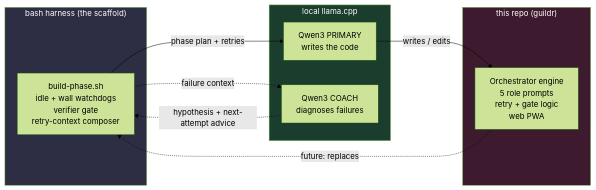
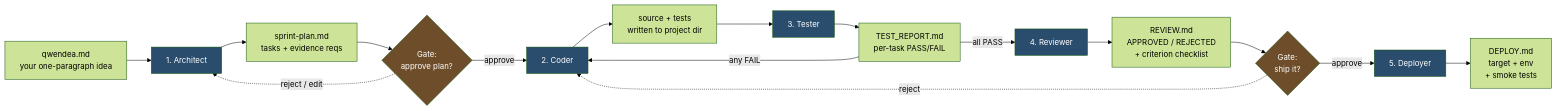
The first of 3 diagrams in README.md (karolswdev/guildr), drawn with Mermaid (forest theme) before and after one commit. The commit also changed other lines of this file, not shown here.

First line of the commit message:
docs(readme): lead with value, explain the qwendea → phase breakdown

````diff
--- a/README.md
+++ b/README.md
@@ -49,25 +38,26 @@
 ```mermaid
 flowchart LR
-    subgraph harness["bash harness (the scaffold)"]
-        BL[build-phase.sh<br/>idle + wall watchdogs<br/>verifier gate<br/>retry-context composer]
-    end
+    Q[qwendea.md<br/>your one-paragraph idea] --> A[1. Architect]
+    A --> SP[sprint-plan.md<br/>tasks + evidence reqs]
+    SP --> G1{Gate:<br/>approve plan?}
+    G1 -->|approve| C[2. Coder]
+    G1 -.->|reject / edit| A
+    C --> Src[source + tests<br/>written to project dir]
+    Src --> T[3. Tester]
+    T --> TR[TEST_REPORT.md<br/>per-task PASS/FAIL]
+    TR -->|any FAIL| C
+    TR -->|all PASS| R[4. Reviewer]
+    R --> RV[REVIEW.md<br/>APPROVED / REJECTED<br/>+ criterion checklist]
+    RV --> G2{Gate:<br/>ship it?}
+    G2 -->|approve| D[5. Deployer]
+    G2 -.->|reject| C
+    D --> DP[DEPLOY.md<br/>target + env<br/>+ smoke tests]
 
-    subgraph models["local llama.cpp"]
-        P[Qwen3 PRIMARY<br/>writes the code]
-        C[Qwen3 COACH<br/>diagnoses failures]
-    end
-
-    subgraph product["this repo (guildr)"]
-        OR[Orchestrator engine<br/>5 role prompts<br/>retry + gate logic<br/>web PWA]
-    end
-
-    BL -->|phase plan + retries| P
-    BL -.->|failure context| C
-    C -.->|hypothesis + next-attempt advice| BL
-    P -->|writes / edits| OR
-    OR -.->|future: replaces| BL
-
-    style harness fill:#2d2d44,color:#fff
-    style models fill:#1a3d2e,color:#fff
-    style product fill:#3d1a2e,color:#fff
+    style A fill:#2a4d6e,color:#fff
+    style C fill:#2a4d6e,color:#fff
+    style T fill:#2a4d6e,color:#fff
+    style R fill:#2a4d6e,color:#fff
+    style D fill:#2a4d6e,color:#fff
+    style G1 fill:#6e4d2a,color:#fff
+    style G2 fill:#6e4d2a,color:#fff
 ```
````
